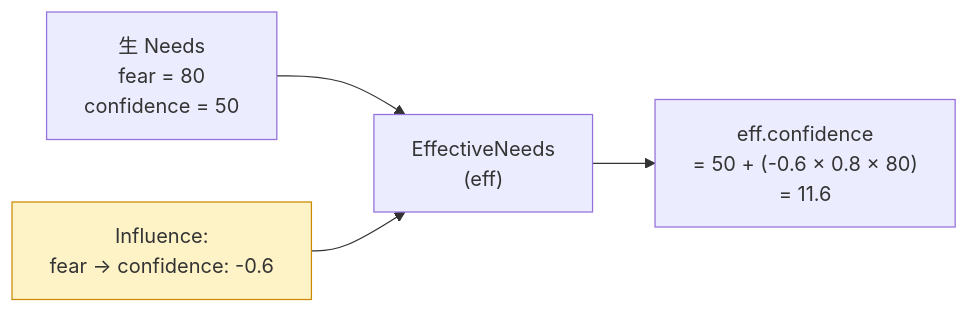
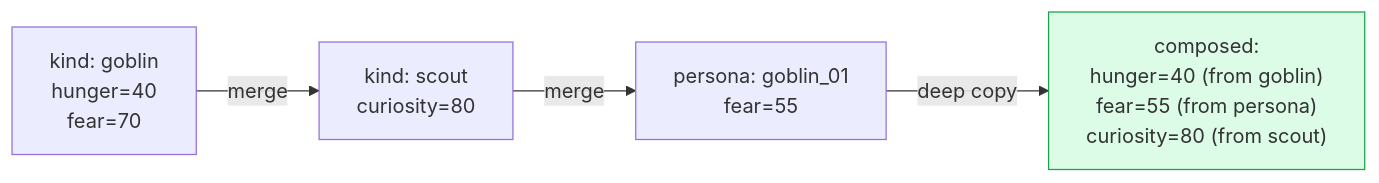
One commit to hiroxpepe/animo changed the eighth of 9 diagrams in README.md. Above: the diagram before and after it, drawn with Mermaid. The commit also changed other lines of this file and 7 other files, not shown here.

Commit message:
docs: Add the mermaid diagrams to the readme and the script

````diff
--- a/README.md
+++ b/README.md
@@ -495,11 +256,11 @@
 ```mermaid
 flowchart LR
-  N["生 Needs<br/>fear = 80<br/>confidence = 50"]
-  E["EffectiveNeeds<br/>(eff)"]
-  Inf["Influence:<br/>fear → confidence: -0.6"]
-  Result["eff.confidence<br/>= 50 + (-0.6 × 0.8 × 80)<br/>= 11.6"]
-  N --> E
-  Inf --> E
-  E --> Result
-  style Inf fill:#fef3c7,stroke:#ca8a04
+  K1["kind: goblin<br/>hunger=40<br/>fear=70"]
+  K2["kind: scout<br/>curiosity=80"]
+  P["persona: goblin_01<br/>fear=55"]
+  Result["composed:<br/>hunger=40 (from goblin)<br/>fear=55 (from persona)<br/>curiosity=80 (from scout)"]
+  K1 -->|"merge"| K2
+  K2 -->|"merge"| P
+  P -->|"deep copy"| Result
+  style Result fill:#dcfce7,stroke:#16a34a
 ```
````
